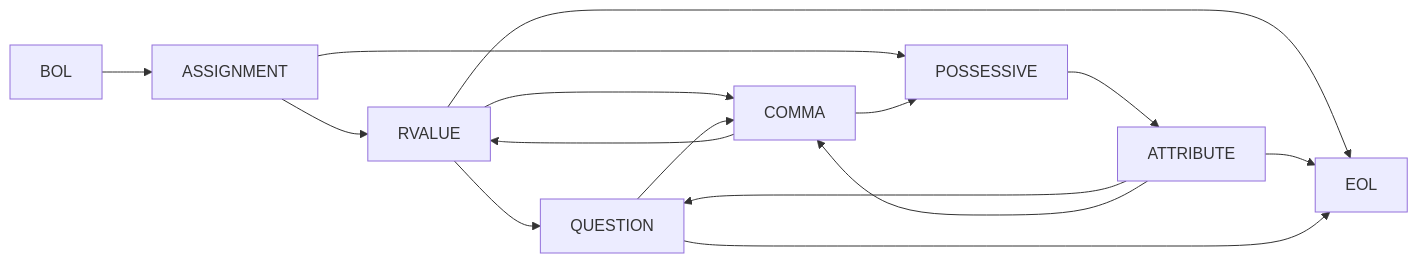
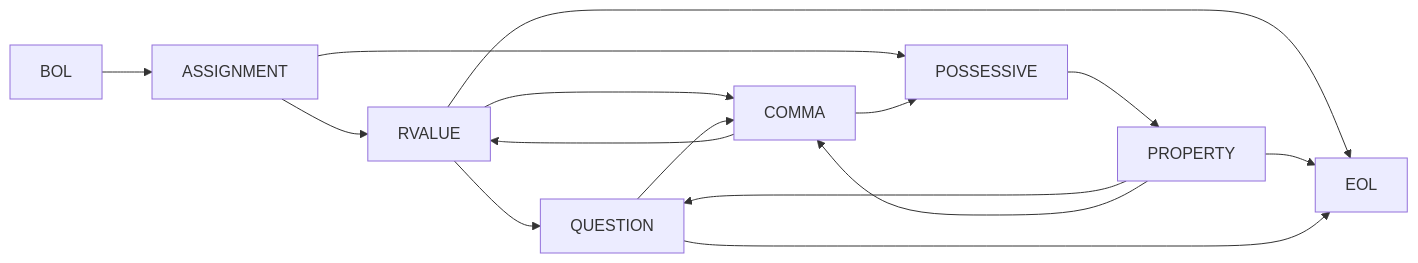
One commit to rewhowe/snapdragon changed the first of 12 diagrams in documentation/nfsm.md. Above: the diagram before and after it, drawn with Mermaid. The commit also changed other lines of this file and 21 other files, not shown here.

Commit message:
rename attribute tot property

````diff
--- a/documentation/nfsm.md
+++ b/documentation/nfsm.md
@@ -7,23 +7,23 @@
 ```mermaid
 graph LR
   BOL --> ASSIGNMENT
 
   ASSIGNMENT --> RVALUE
   ASSIGNMENT --> POSSESSIVE
 
   RVALUE --> EOL
   RVALUE --> QUESTION
   RVALUE --> COMMA
 
-  POSSESSIVE --> ATTRIBUTE
+  POSSESSIVE --> PROPERTY
 
-  ATTRIBUTE --> EOL
-  ATTRIBUTE --> QUESTION
-  ATTRIBUTE --> COMMA
+  PROPERTY --> EOL
+  PROPERTY --> QUESTION
+  PROPERTY --> COMMA
 
   COMMA --> RVALUE
   COMMA --> POSSESSIVE
 
   QUESTION --> COMMA
   QUESTION --> EOL
 ```
````
